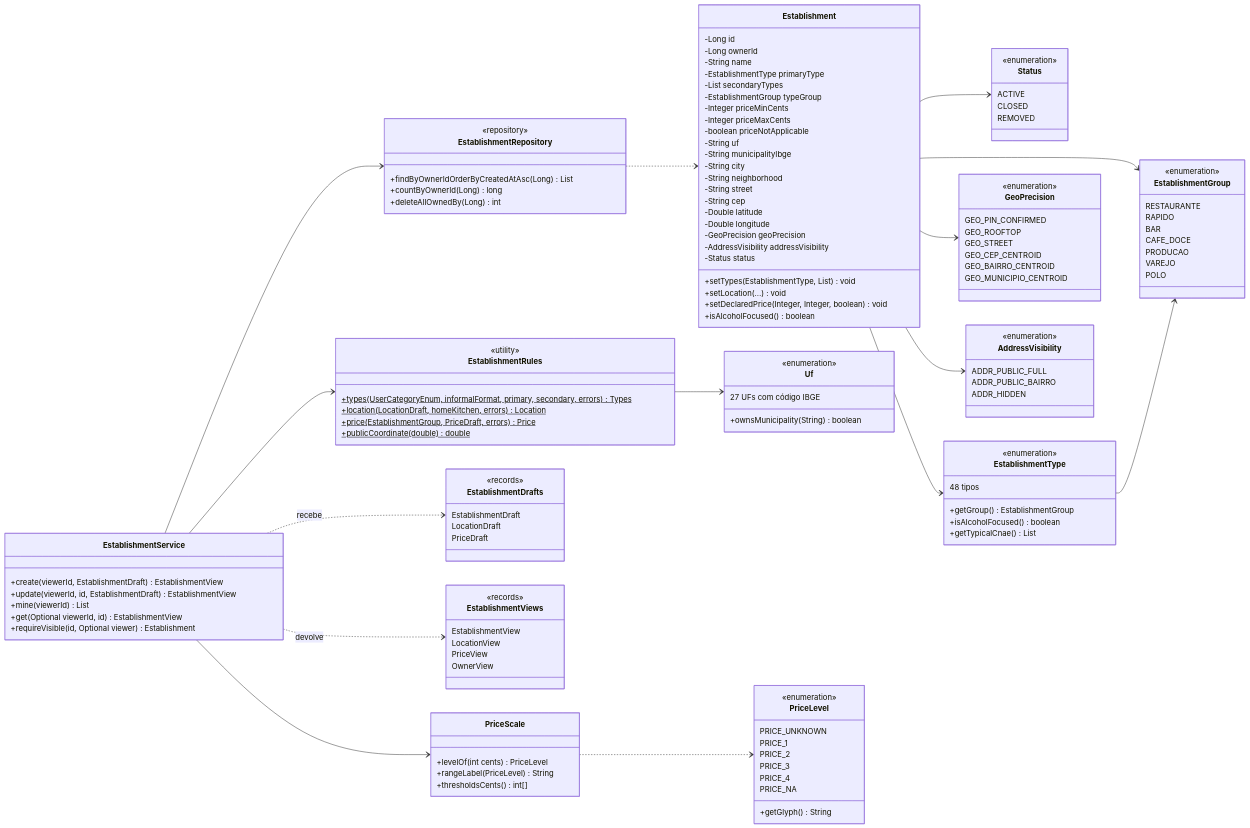
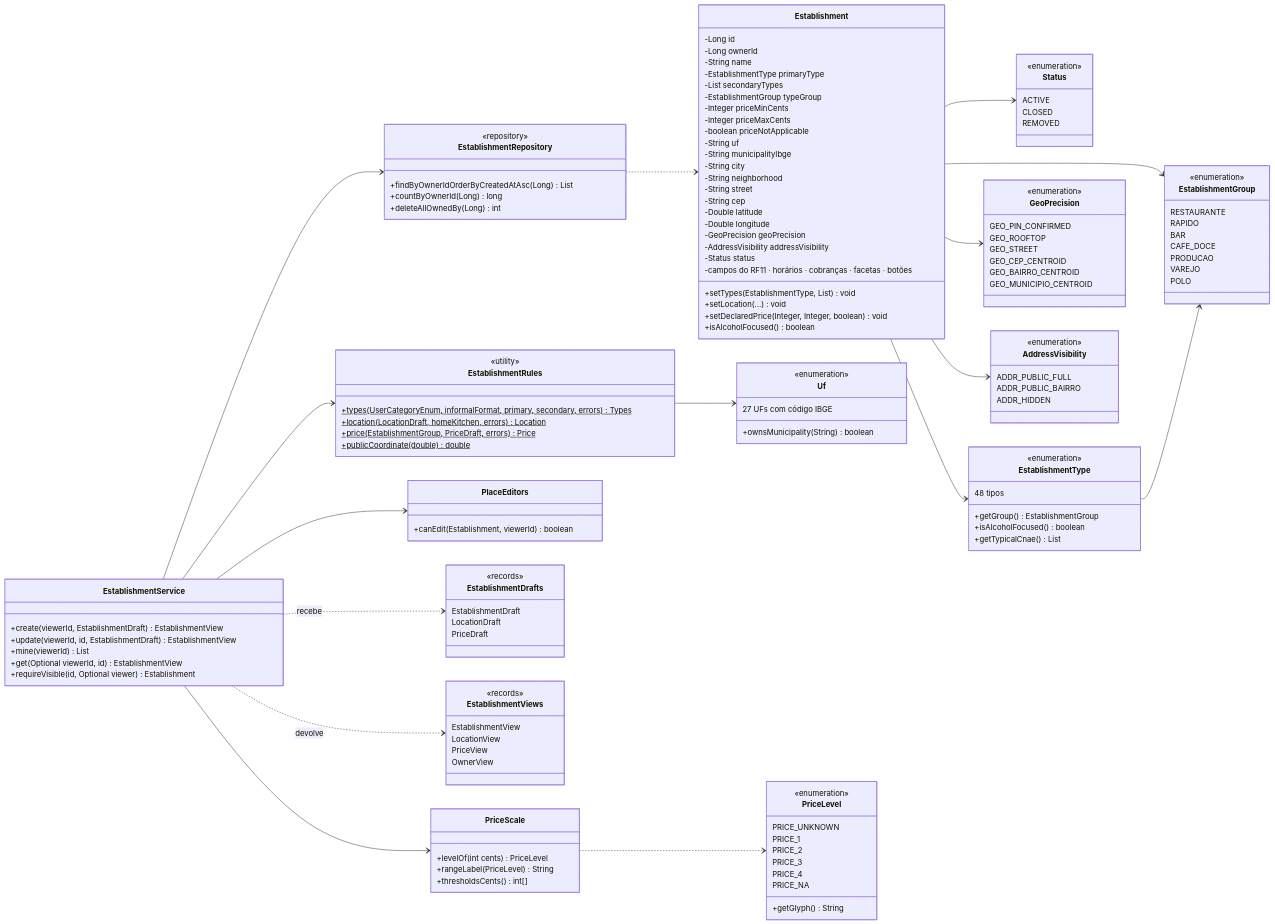
Before and after one commit to MatheusHaliski/Friendly-Eats: the diagram in docs/RF6/classes.md, drawn with Mermaid. The commit also changed 23 other files, not shown here.

```diff
--- a/docs/RF6/classes.md
+++ b/docs/RF6/classes.md
@@ -24,6 +24,7 @@
         -GeoPrecision geoPrecision
         -AddressVisibility addressVisibility
         -Status status
+        -campos do RF11 · horários · cobranças · facetas · botões
         +setTypes(EstablishmentType, List) void
         +setLocation(...) void
         +setDeclaredPrice(Integer, Integer, boolean) void
@@ -101,6 +102,9 @@
         +get(Optional viewerId, id) EstablishmentView
         +requireVisible(id, Optional viewer) Establishment
     }
+    class PlaceEditors {
+        +canEdit(Establishment, viewerId) boolean
+    }
     class EstablishmentDrafts {
         <<records>>
         EstablishmentDraft
@@ -123,6 +127,7 @@
     EstablishmentService --> EstablishmentRules
     EstablishmentService --> PriceScale
     EstablishmentService --> EstablishmentRepository
+    EstablishmentService --> PlaceEditors
     EstablishmentService ..> EstablishmentDrafts : recebe
     EstablishmentService ..> EstablishmentViews : devolve
     EstablishmentRules --> Uf
```
